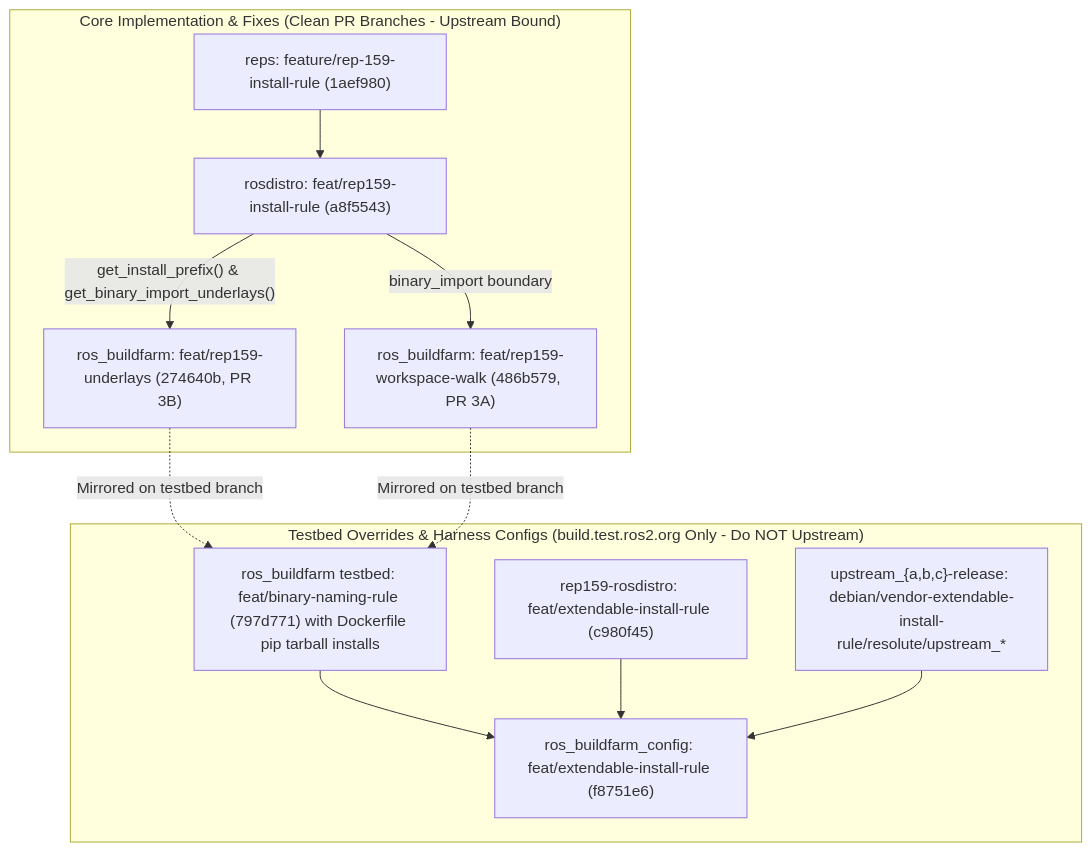
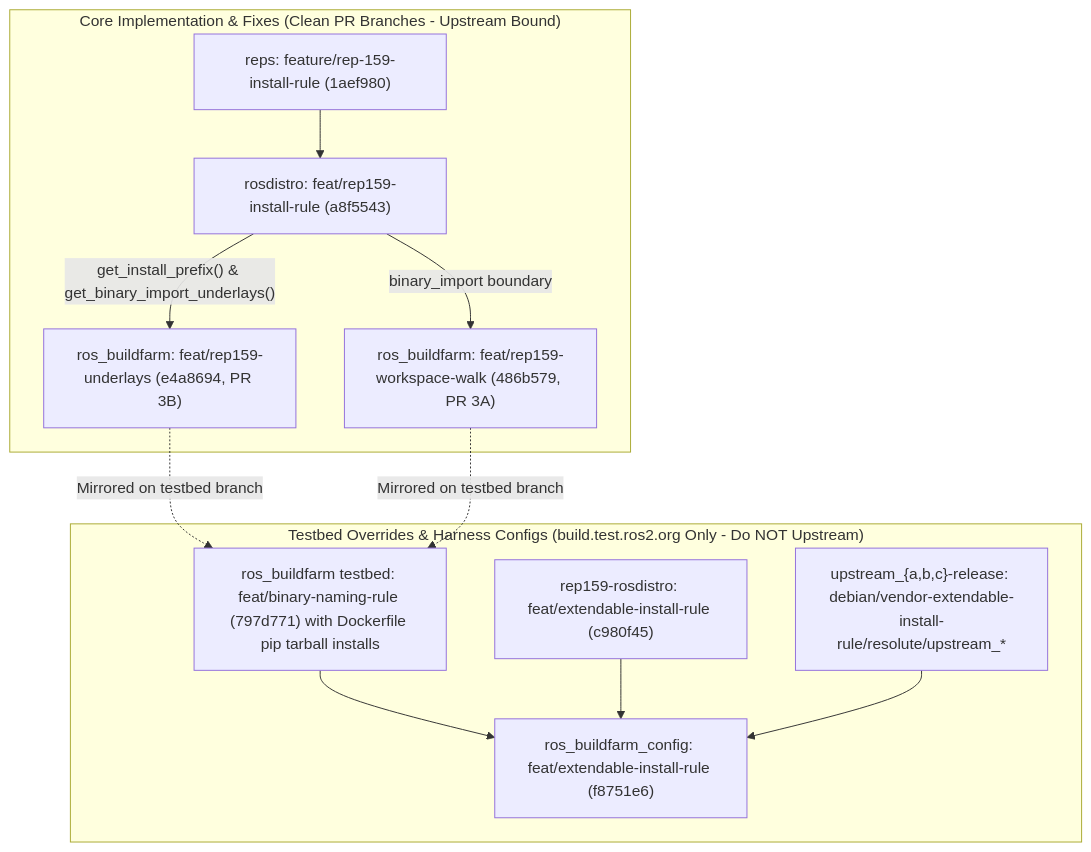
The diagram in roadmap/stage2_install_rule_and_underlays.md (KmoM88/rep159-testing), drawn with Mermaid before and after one commit. The commit also changed other lines of this file and 15 other files, not shown here.

````diff
--- a/roadmap/stage2_install_rule_and_underlays.md
+++ b/roadmap/stage2_install_rule_and_underlays.md
@@ -22,27 +22,27 @@
 ```mermaid
 flowchart TD
     subgraph Core ["Core Implementation & Fixes (Clean PR Branches - Upstream Bound)"]
         REPS2["reps: feature/rep-159-install-rule (1aef980)"]
         RD2["rosdistro: feat/rep159-install-rule (a8f5543)"]
         BF_WALK["ros_buildfarm: feat/rep159-workspace-walk (486b579, PR 3A)"]
-        BF_UND["ros_buildfarm: feat/rep159-underlays (274640b, PR 3B)"]
+        BF_UND["ros_buildfarm: feat/rep159-underlays (e4a8694, PR 3B)"]
 
         REPS2 --> RD2
         RD2 -->|"get_install_prefix() & get_binary_import_underlays()"| BF_UND
         RD2 -->|"binary_import boundary"| BF_WALK
     end
 
     subgraph Hacks ["Testbed Overrides & Harness Configs (build.test.ros2.org Only - Do NOT Upstream)"]
         BF_TEST2["ros_buildfarm testbed: feat/binary-naming-rule (797d771) with Dockerfile pip tarball installs"]
         DIST2["rep159-rosdistro: feat/extendable-install-rule (c980f45)"]
         CFG2["ros_buildfarm_config: feat/extendable-install-rule (f8751e6)"]
         REL2["upstream_{a,b,c}-release: debian/vendor-extendable-install-rule/resolute/upstream_*"]
 
         BF_TEST2 --> CFG2
         DIST2 --> CFG2
         REL2 --> CFG2
     end
 
     BF_UND -.->|"Mirrored on testbed branch"| BF_TEST2
     BF_WALK -.->|"Mirrored on testbed branch"| BF_TEST2
 ```
````
